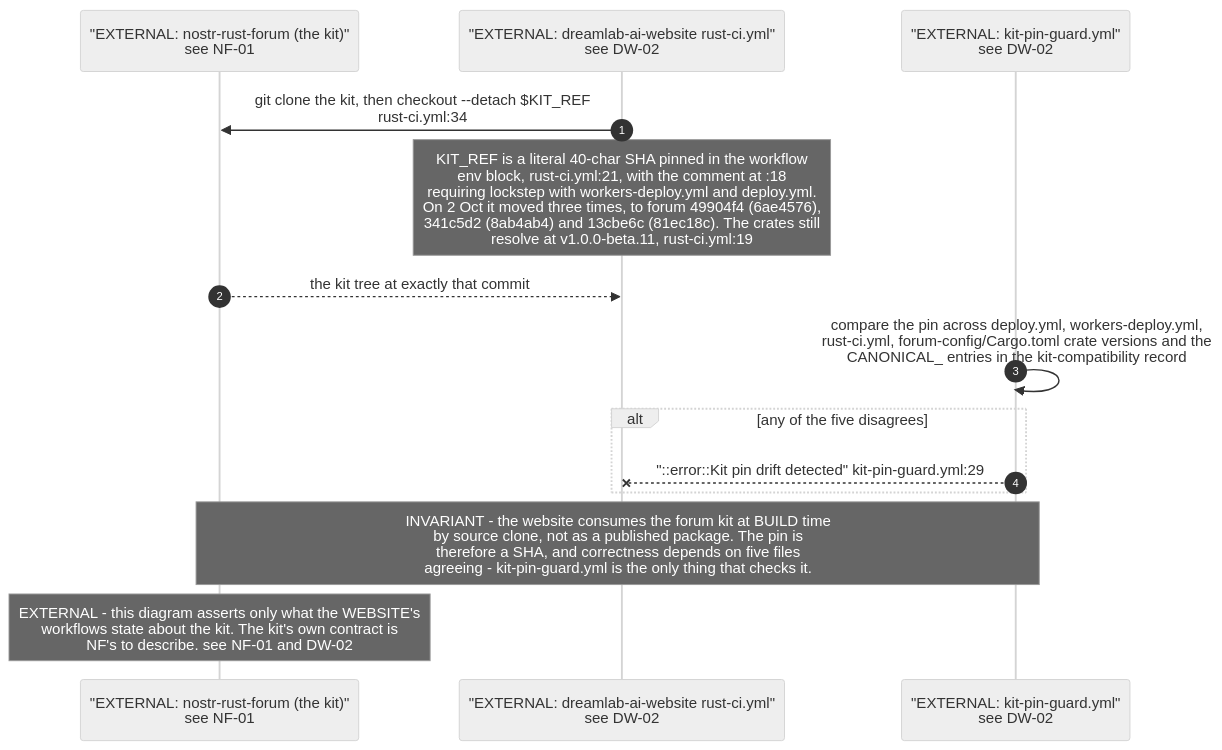
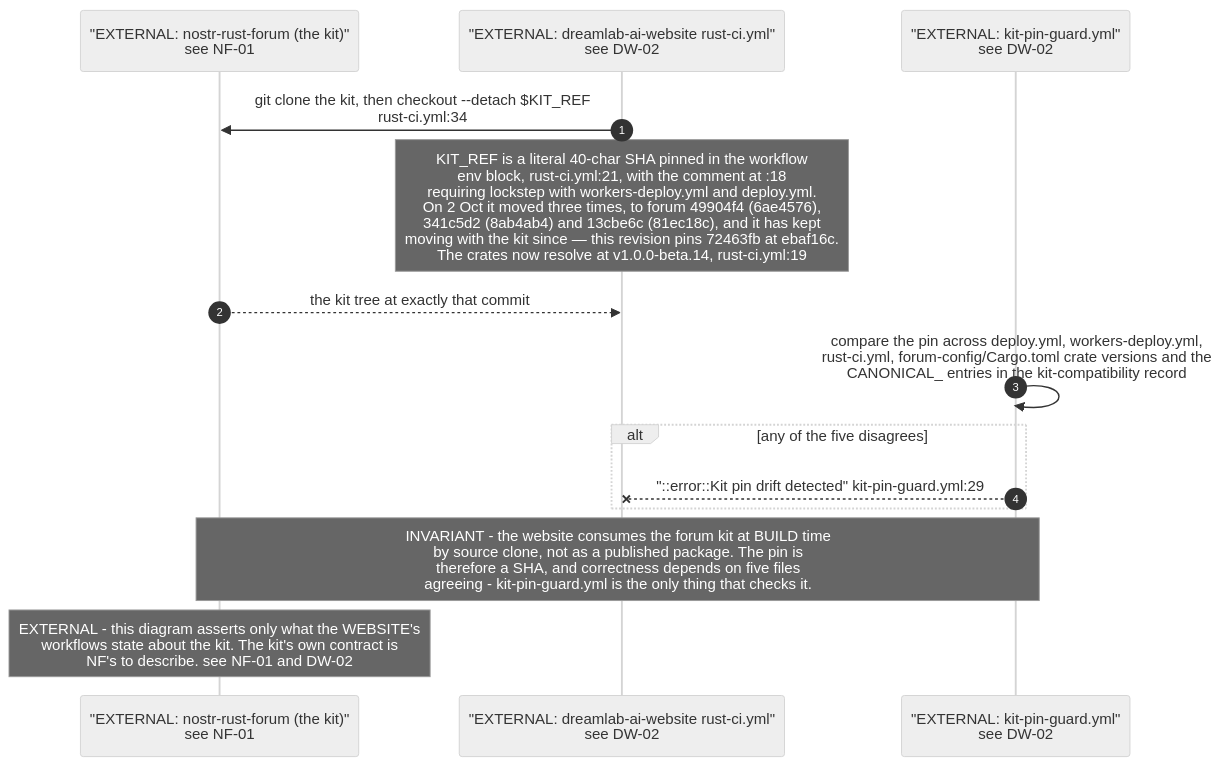
Before and after one commit to DreamLab-AI/VisionFlow: the fourth of 5 diagrams in docs/diagrams/estate/11-publishing-axis.md, drawn with Mermaid (neutral theme). The commit also changed other lines of this file and 111 other files, not shown here.

Commit message:
docs(diagrams): align estate maps with current source

````diff
--- a/docs/diagrams/estate/11-publishing-axis.md
+++ b/docs/diagrams/estate/11-publishing-axis.md
@@ -116,17 +116,17 @@
 ```mermaid
 sequenceDiagram
     autonumber
     participant NF as "EXTERNAL: nostr-rust-forum (the kit)"<br/>see NF-01
     participant CI as "EXTERNAL: dreamlab-ai-website rust-ci.yml"<br/>see DW-02
     participant GUARD as "EXTERNAL: kit-pin-guard.yml"<br/>see DW-02
 
     CI->>NF: git clone the kit, then checkout --detach $KIT_REF<br/>rust-ci.yml:34
-    Note over CI: KIT_REF is a literal 40-char SHA pinned in the workflow<br/>env block, rust-ci.yml:21, with the comment at :18<br/>requiring lockstep with workers-deploy.yml and deploy.yml.<br/>On 2 Oct it moved three times, to forum 49904f4 (6ae4576),<br/>341c5d2 (8ab4ab4) and 13cbe6c (81ec18c). The crates still<br/>resolve at v1.0.0-beta.11, rust-ci.yml:19
+    Note over CI: KIT_REF is a literal 40-char SHA pinned in the workflow<br/>env block, rust-ci.yml:21, with the comment at :18<br/>requiring lockstep with workers-deploy.yml and deploy.yml.<br/>On 2 Oct it moved three times, to forum 49904f4 (6ae4576),<br/>341c5d2 (8ab4ab4) and 13cbe6c (81ec18c), and it has kept<br/>moving with the kit since — this revision pins 72463fb at ebaf16c.<br/>The crates now resolve at v1.0.0-beta.14, rust-ci.yml:19
     NF-->>CI: the kit tree at exactly that commit
     GUARD->>GUARD: compare the pin across deploy.yml, workers-deploy.yml,<br/>rust-ci.yml, forum-config/Cargo.toml crate versions and the<br/>CANONICAL_ entries in the kit-compatibility record
     alt any of the five disagrees
         GUARD--xCI: "::error::Kit pin drift detected" kit-pin-guard.yml:29
     end
     Note over NF,GUARD: INVARIANT - the website consumes the forum kit at BUILD time<br/>by source clone, not as a published package. The pin is<br/>therefore a SHA, and correctness depends on five files<br/>agreeing - kit-pin-guard.yml is the only thing that checks it.
     Note over NF: EXTERNAL - this diagram asserts only what the WEBSITE's<br/>workflows state about the kit. The kit's own contract is<br/>NF's to describe. see NF-01 and DW-02
 ```
````
